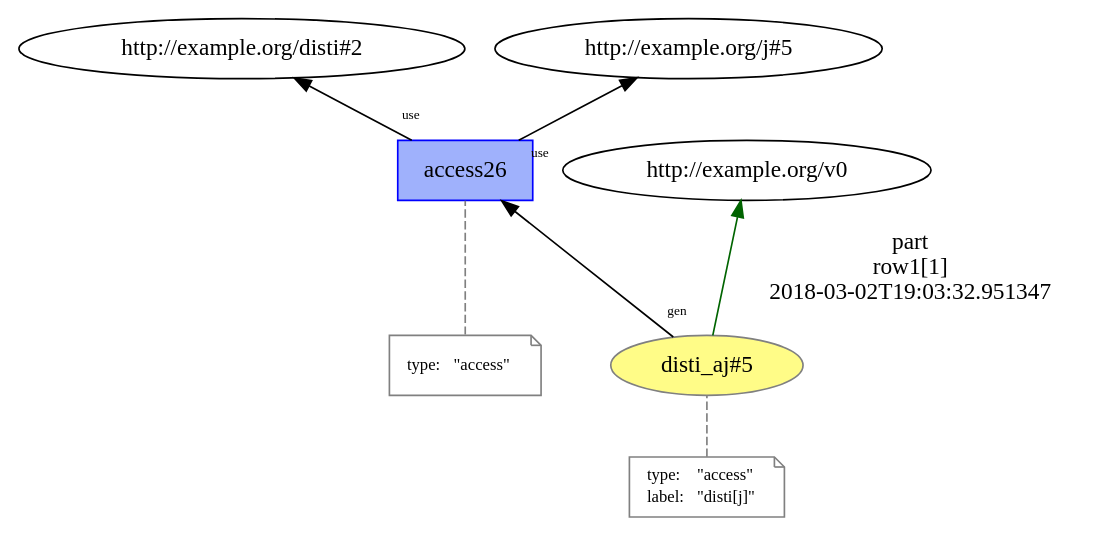
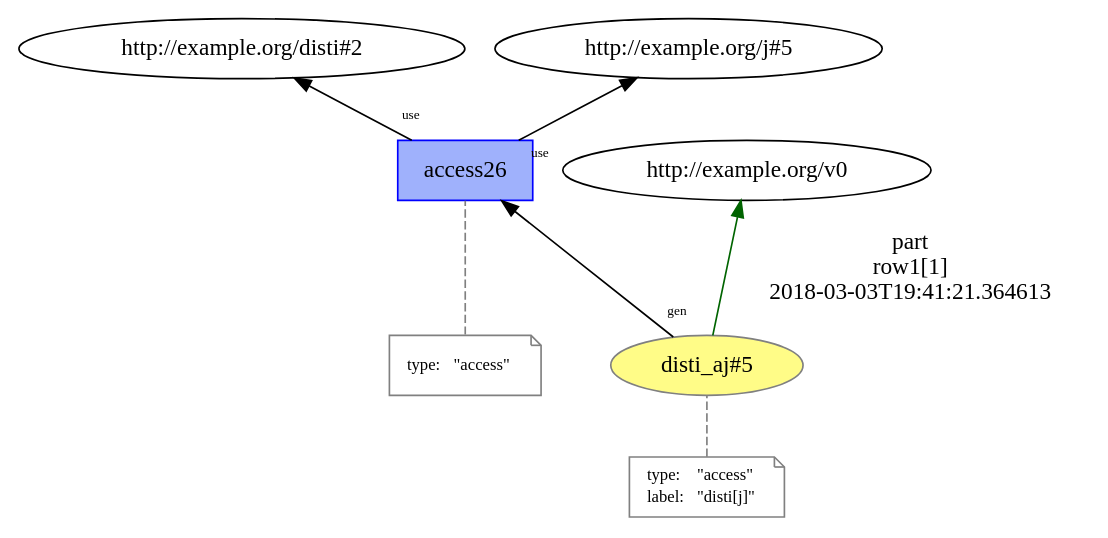
One commit to dew-uff/versioned-prov changed the diagram in mutable_prov/temp/L15__access_5.dot. Above: the diagram before and after it, drawn with Graphviz. The commit also changed 1451 other files, not shown here.

```diff
--- a/mutable_prov/temp/L15__access_5.dot
+++ b/mutable_prov/temp/L15__access_5.dot
@@ -1,28 +1,28 @@
 digraph "PROV" { size="16,12"; rankdir="BT";
 "http://example.org/disti_aj#5" [fillcolor="#FFFC87",color="#808080",style="filled",label="disti_aj#5",URL="http://example.org/disti_aj#5"]
 "-attrs0" [color="gray",shape="note",fontsize="10",fontcolor="black",label=<<TABLE cellpadding="0" border="0">
 	<TR>
 	    <TD align="left">type:</TD>
 	    <TD align="left">&quot;access&quot;</TD>
 	</TR>
 	<TR>
 	    <TD align="left">label:</TD>
 	    <TD align="left">&quot;disti[j]&quot;</TD>
 	</TR>
 </TABLE>>]
 "-attrs0" -> "http://example.org/disti_aj#5" [color="gray",style="dashed",arrowhead="none"]
 "http://example.org/disti_aj#5" -> "http://example.org/v0" [labelfontsize="8",labeldistance="1.5",color="darkgreen",labelangle="60.0",rotation="20",label="part
 row1[1]
-2018-03-02T19:03:32.951347"]
+2018-03-03T19:41:21.364613"]
 "http://example.org/access26" [fillcolor="#9FB1FC",color="#0000FF",shape="polygon",sides="4",style="filled",label="access26",URL="http://example.org/access26"]
 "-attrs1" [color="gray",shape="note",fontsize="10",fontcolor="black",label=<<TABLE cellpadding="0" border="0">
 	<TR>
 	    <TD align="left">type:</TD>
 	    <TD align="left">&quot;access&quot;</TD>
 	</TR>
 </TABLE>>]
 "-attrs1" -> "http://example.org/access26" [color="gray",style="dashed",arrowhead="none"]
 "http://example.org/access26" -> "http://example.org/disti#2" [labelfontsize="8",labeldistance="1.5",labelangle="60.0",rotation="20",taillabel="use"]
 "http://example.org/access26" -> "http://example.org/j#5" [labelfontsize="8",labeldistance="1.5",labelangle="60.0",rotation="20",taillabel="use"]
 "http://example.org/disti_aj#5" -> "http://example.org/access26" [labelfontsize="8",labeldistance="1.5",labelangle="60.0",rotation="20",taillabel="gen"]
 }
```
